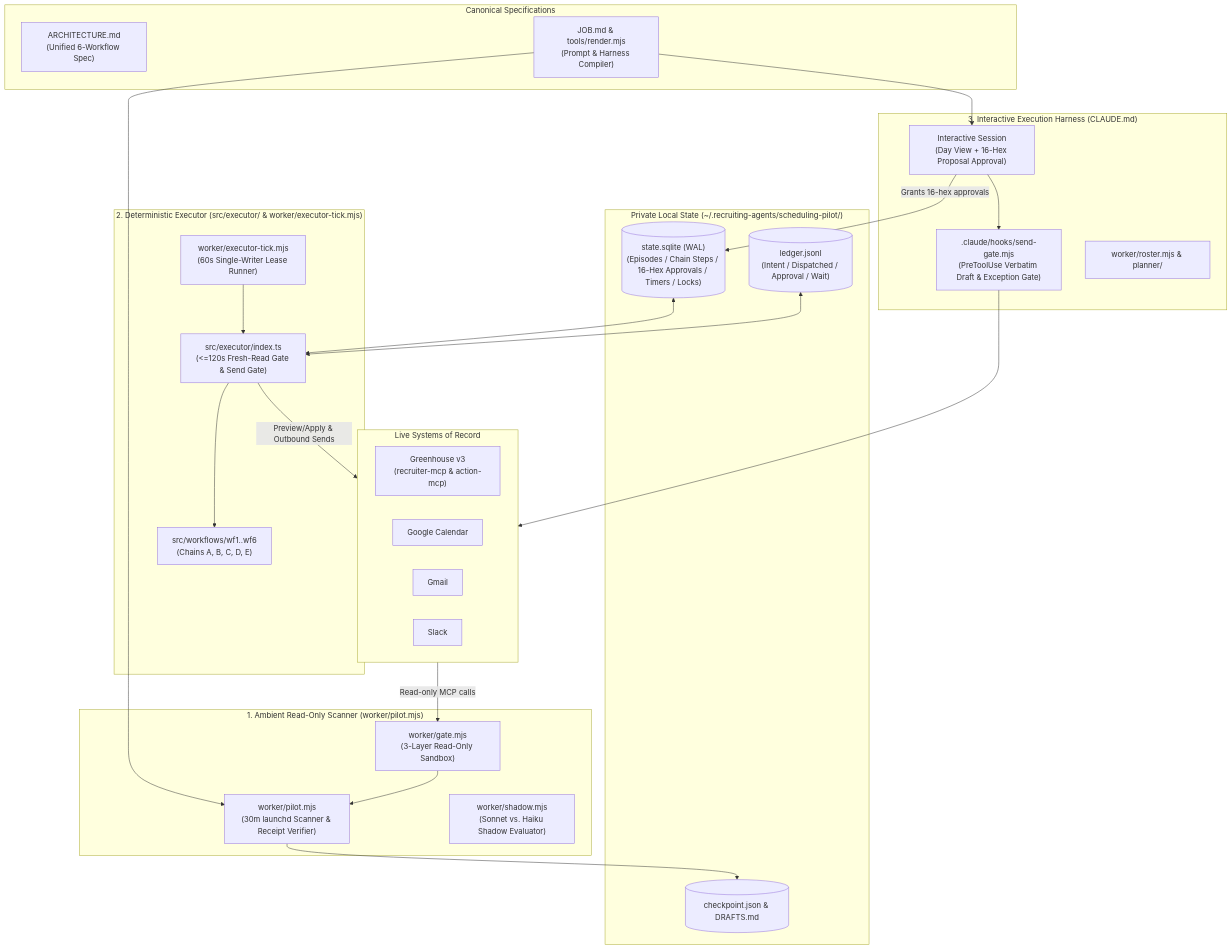
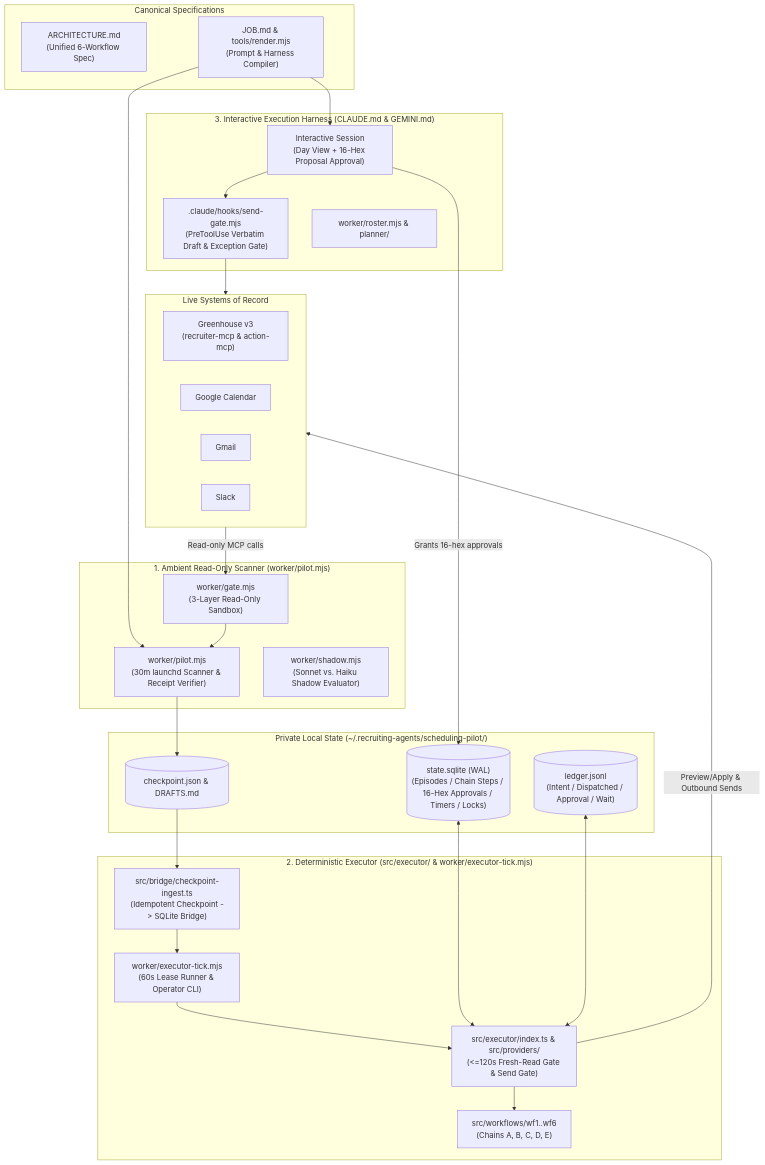
The diagram in README.md (sam-vangelos/recruiting-ops-agent), drawn with Mermaid before and after one commit. The commit also changed other lines of this file and 29 other files, not shown here.

Commit message:
feat: add end-to-end API candidate confirmations, live provider runtime, checkpoint bridge, and dual Claude/Gemini harness

````diff
--- a/README.md
+++ b/README.md
@@ -26,49 +26,51 @@
 ```mermaid
 flowchart TB
   subgraph Spec["Canonical Specifications"]
     ARCH["ARCHITECTURE.md<br/>(Unified 6-Workflow Spec)"]
     JOB["JOB.md & tools/render.mjs<br/>(Prompt & Harness Compiler)"]
   end
 
   subgraph Systems["Live Systems of Record"]
     GH["Greenhouse v3<br/>(recruiter-mcp & action-mcp)"]
     CAL["Google Calendar"]
     GMAIL["Gmail"]
     SLACK["Slack"]
   end
 
   subgraph Ambient["1. Ambient Read-Only Scanner (worker/pilot.mjs)"]
     GATE["worker/gate.mjs<br/>(3-Layer Read-Only Sandbox)"]
     PILOT["worker/pilot.mjs<br/>(30m launchd Scanner & Receipt Verifier)"]
     SHADOW["worker/shadow.mjs<br/>(Sonnet vs. Haiku Shadow Evaluator)"]
   end
 
   subgraph State["Private Local State (~/.recruiting-agents/scheduling-pilot/)"]
     SQLITE[("state.sqlite (WAL)<br/>(Episodes / Chain Steps / 16-Hex Approvals / Timers / Locks)")]
     LEDGER[("ledger.jsonl<br/>(Intent / Dispatched / Approval / Wait)")]
     CHECKPOINT[("checkpoint.json & DRAFTS.md")]
   end
 
   subgraph Executor["2. Deterministic Executor (src/executor/ & worker/executor-tick.mjs)"]
-    TICK["worker/executor-tick.mjs<br/>(60s Single-Writer Lease Runner)"]
-    EXEC["src/executor/index.ts<br/>(<=120s Fresh-Read Gate & Send Gate)"]
+    INGEST["src/bridge/checkpoint-ingest.ts<br/>(Idempotent Checkpoint -> SQLite Bridge)"]
+    TICK["worker/executor-tick.mjs<br/>(60s Lease Runner & Operator CLI)"]
+    EXEC["src/executor/index.ts & src/providers/<br/>(<=120s Fresh-Read Gate & Send Gate)"]
     WF["src/workflows/wf1..wf6<br/>(Chains A, B, C, D, E)"]
-    TICK --> EXEC --> WF
+    INGEST --> TICK --> EXEC --> WF
   end
 
-  subgraph Interactive["3. Interactive Execution Harness (CLAUDE.md)"]
+  subgraph Interactive["3. Interactive Execution Harness (CLAUDE.md & GEMINI.md)"]
     SENDGATE[".claude/hooks/send-gate.mjs<br/>(PreToolUse Verbatim Draft & Exception Gate)"]
     ROSTER["worker/roster.mjs & planner/"]
     SESSION["Interactive Session<br/>(Day View + 16-Hex Proposal Approval)"]
   end
 
   JOB --> PILOT
   JOB --> SESSION
   Systems -->|"Read-only MCP calls"| GATE --> PILOT
   PILOT --> CHECKPOINT
+  CHECKPOINT --> INGEST
   SQLITE <--> EXEC
   LEDGER <--> EXEC
   EXEC -->|"Preview/Apply & Outbound Sends"| Systems
   SESSION -->|"Grants 16-hex approvals"| SQLITE
   SESSION --> SENDGATE --> Systems
 ```
````
